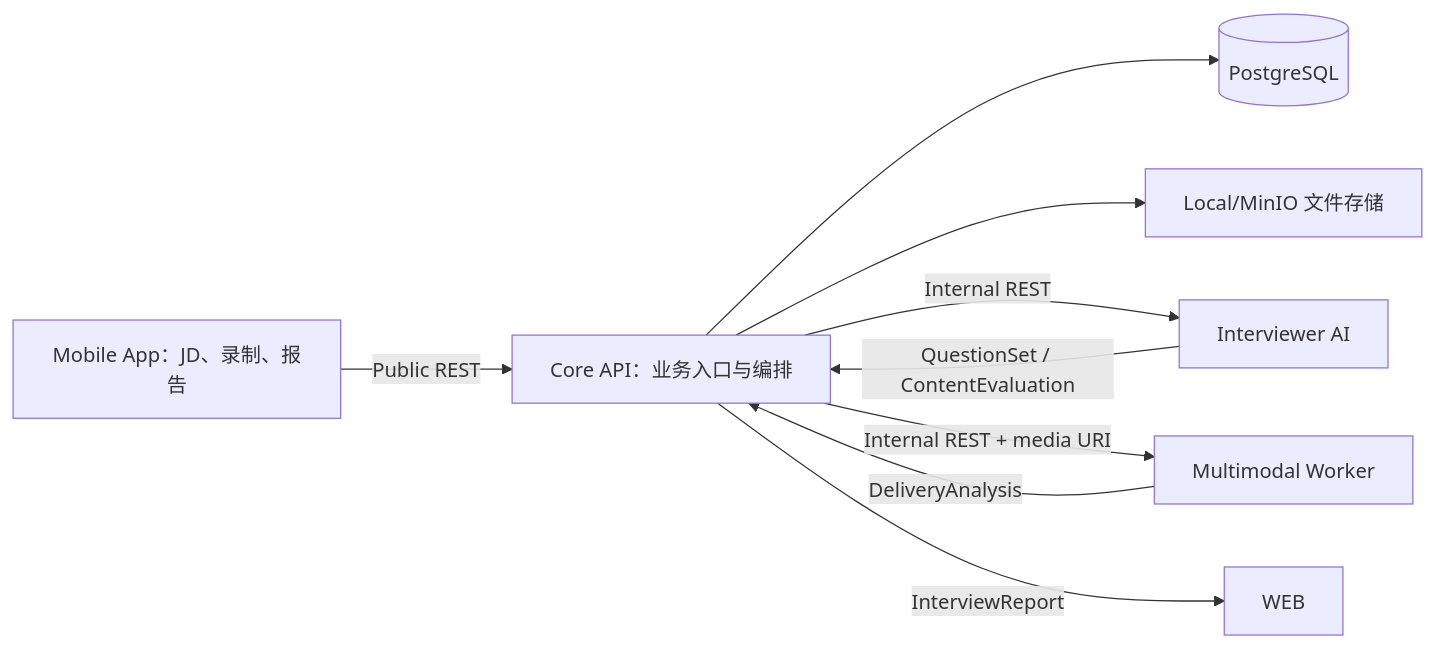
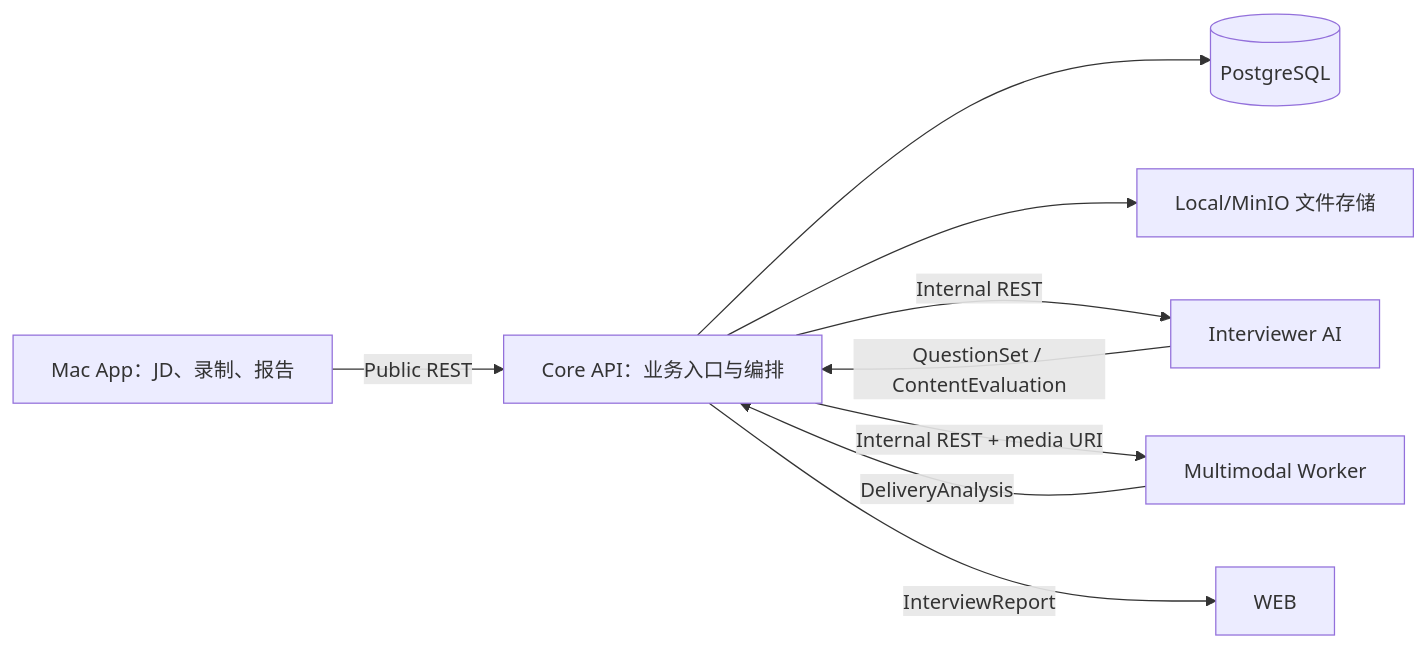
The diagram in docs/architecture.md (CheneyNine/InterviewHelper), drawn with Mermaid before and after one commit. The commit also changed other lines of this file and 15 other files, not shown here.

Commit message:
docs: switch client plan to mac desktop app

````diff
--- a/docs/architecture.md
+++ b/docs/architecture.md
@@ -25,11 +25,11 @@
 ```mermaid
 flowchart LR
-    APP["Mobile App：JD、录制、报告"] -->|Public REST| API["Core API：业务入口与编排"]
+    APP["Mac App：JD、录制、报告"] -->|Public REST| API["Core API：业务入口与编排"]
     API --> DB[(PostgreSQL)]
     API --> OBJ["Local/MinIO 文件存储"]
     API -->|Internal REST| LLM["Interviewer AI"]
     API -->|Internal REST + media URI| MM["Multimodal Worker"]
     LLM -->|QuestionSet / ContentEvaluation| API
     MM -->|DeliveryAnalysis| API
     API -->|InterviewReport| WEB
 ```
````
